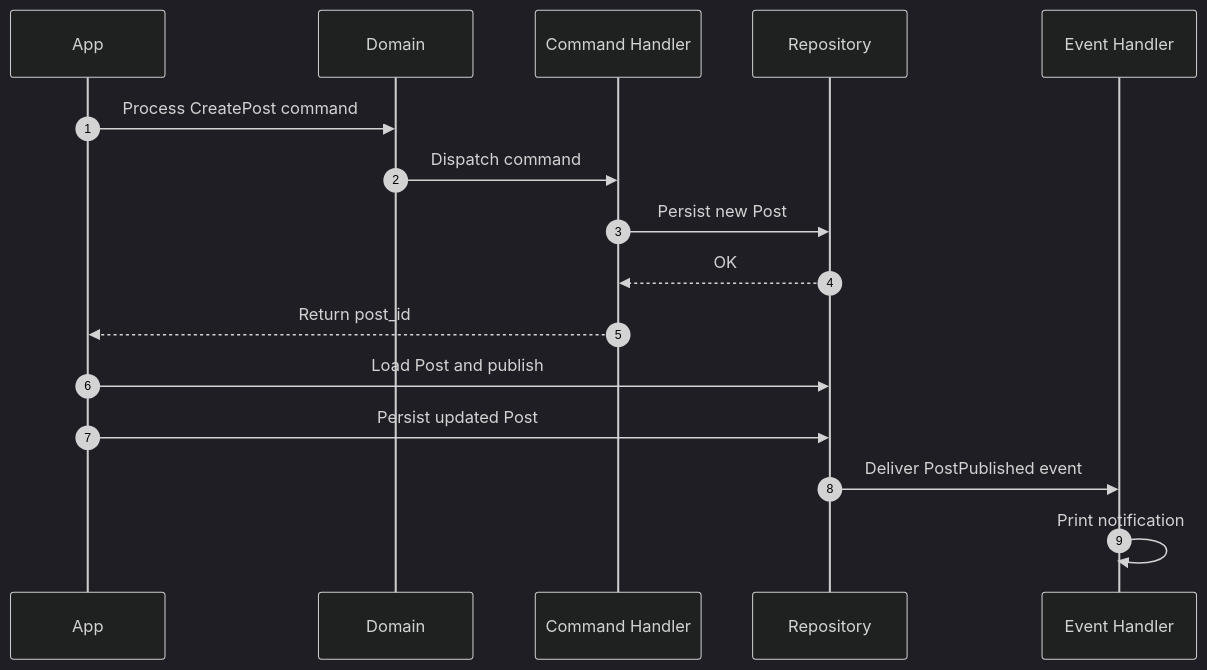
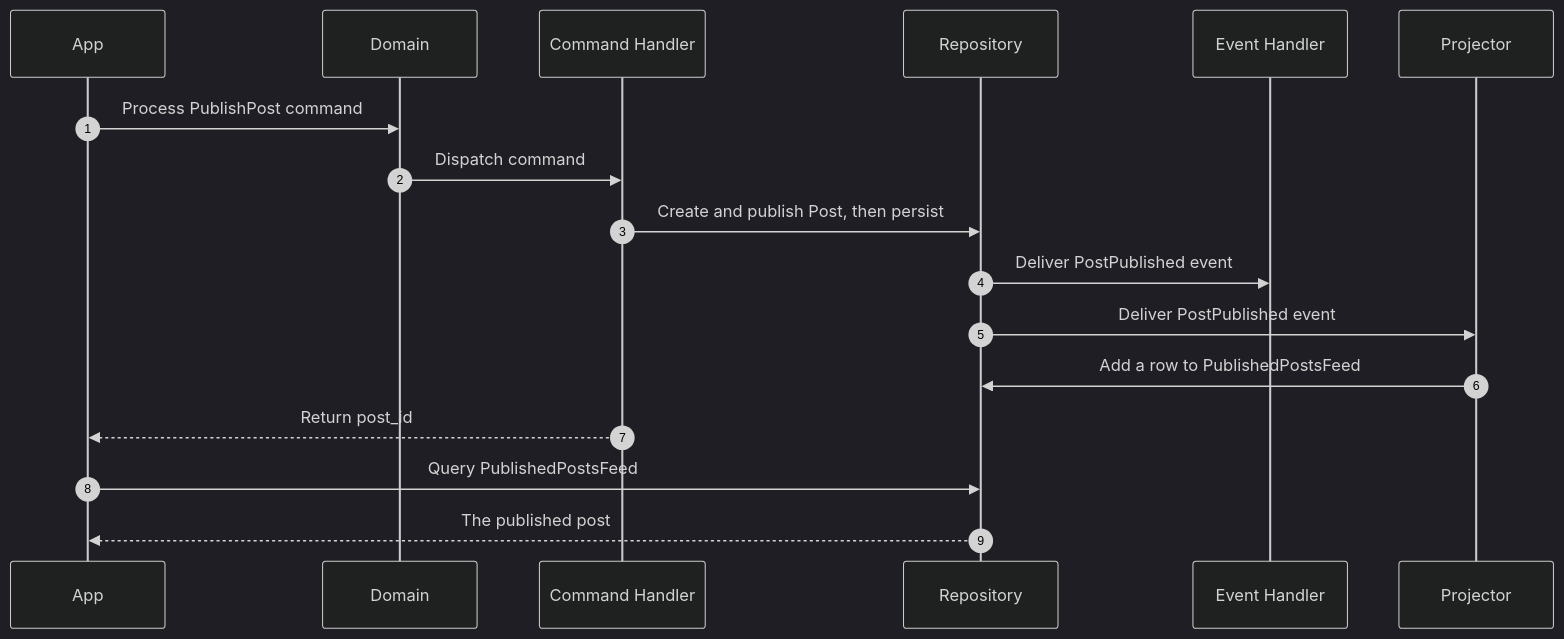
One commit to proteanhq/protean changed the diagram in docs/guides/getting-started/quickstart.md. Above: the diagram before and after it, drawn with Mermaid (dark theme). The commit also changed other lines of this file and 6 other files, not shown here.

````diff
--- a/docs/guides/getting-started/quickstart.md
+++ b/docs/guides/getting-started/quickstart.md
@@ -111,20 +116,20 @@
 ```mermaid
 sequenceDiagram
     autonumber
     participant App
     participant Domain
     participant Handler as Command Handler
     participant Repo as Repository
     participant EH as Event Handler
+    participant Proj as Projector
 
-    App->>Domain: Process CreatePost command
+    App->>Domain: Process PublishPost command
     Domain->>Handler: Dispatch command
-    Handler->>Repo: Persist new Post
-    Repo-->>Handler: OK
+    Handler->>Repo: Create and publish Post, then persist
+    Repo->>EH: Deliver PostPublished event
+    Repo->>Proj: Deliver PostPublished event
+    Proj->>Repo: Add a row to PublishedPostsFeed
     Handler-->>App: Return post_id
-
-    App->>Repo: Load Post and publish
-    App->>Repo: Persist updated Post
-    Repo->>EH: Deliver PostPublished event
-    EH->>EH: Print notification
+    App->>Repo: Query PublishedPostsFeed
+    Repo-->>App: The published post
 ```
````
